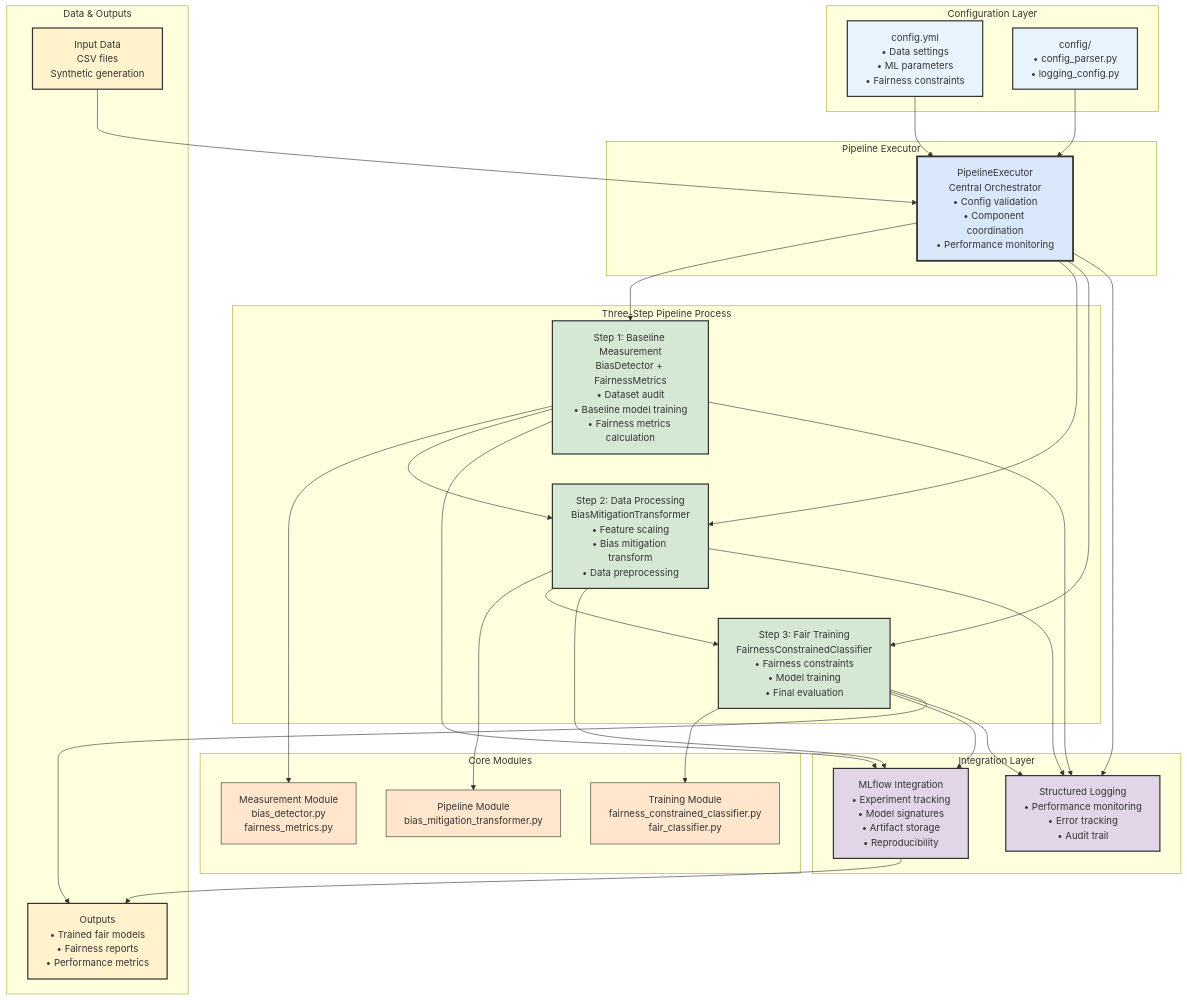
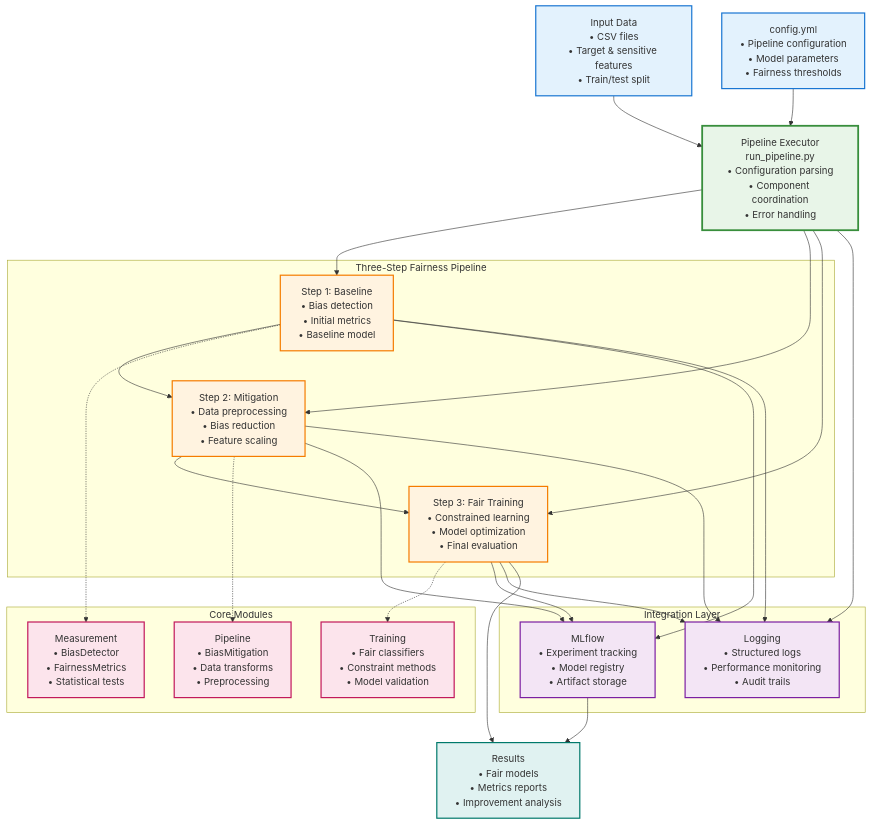
One commit to vytautas-bunevicius/fairness-pipeline-toolkit changed the diagram in README.md. Above: the diagram before and after it, drawn with Mermaid. The commit also changed 9 other files, not shown here.

````diff
--- a/README.md
+++ b/README.md
@@ -56,76 +56,74 @@
 ```mermaid
-graph TB
-    subgraph "Configuration Layer"
-        CONFIG[config.yml<br/>• Data settings<br/>• ML parameters<br/>• Fairness constraints]
-        CONFIGMOD[config/<br/>• config_parser.py<br/>• logging_config.py]
+flowchart TD
+    %% Input Layer
+    DATA["Input Data<br/>• CSV files<br/>• Target & sensitive features<br/>• Train/test split"]
+    CONFIG["config.yml<br/>• Pipeline configuration<br/>• Model parameters<br/>• Fairness thresholds"]
+    
+    %% Orchestration Layer
+    EXECUTOR["Pipeline Executor<br/>run_pipeline.py<br/>• Configuration parsing<br/>• Component coordination<br/>• Error handling"]
+    
+    %% Three-Step Process
+    subgraph PIPELINE ["Three-Step Fairness Pipeline"]
+        STEP1["Step 1: Baseline<br/>• Bias detection<br/>• Initial metrics<br/>• Baseline model"]
+        STEP2["Step 2: Mitigation<br/>• Data preprocessing<br/>• Bias reduction<br/>• Feature scaling"]
+        STEP3["Step 3: Fair Training<br/>• Constrained learning<br/>• Model optimization<br/>• Final evaluation"]
+        
+        STEP1 --> STEP2
+        STEP2 --> STEP3
     end
     
-    subgraph "Pipeline Executor"
-        EXECUTOR[PipelineExecutor<br/>Central Orchestrator<br/>• Config validation<br/>• Component coordination<br/>• Performance monitoring]
+    %% Core Modules
+    subgraph MODULES ["Core Modules"]
+        MEASUREMENT["Measurement<br/>• BiasDetector<br/>• FairnessMetrics<br/>• Statistical tests"]
+        TRANSFORM["Pipeline<br/>• BiasMitigation<br/>• Data transforms<br/>• Preprocessing"]
+        TRAINING["Training<br/>• Fair classifiers<br/>• Constraint methods<br/>• Model validation"]
     end
     
-    subgraph "Three-Step Pipeline Process"
-        STEP1[Step 1: Baseline Measurement<br/>BiasDetector + FairnessMetrics<br/>• Dataset audit<br/>• Baseline model training<br/>• Fairness metrics calculation]
-        
-        STEP2[Step 2: Data Processing<br/>BiasMitigationTransformer<br/>• Feature scaling<br/>• Bias mitigation transform<br/>• Data preprocessing]
-        
-        STEP3[Step 3: Fair Training<br/>FairnessConstrainedClassifier<br/>• Fairness constraints<br/>• Model training<br/>• Final evaluation]
+    %% Integration Layer
+    subgraph INTEGRATION ["Integration Layer"]
+        MLFLOW["MLflow<br/>• Experiment tracking<br/>• Model registry<br/>• Artifact storage"]
+        LOGGING["Logging<br/>• Structured logs<br/>• Performance monitoring<br/>• Audit trails"]
     end
     
-    subgraph "Core Modules"
-        MEASUREMENT[Measurement Module<br/>bias_detector.py<br/>fairness_metrics.py]
-        PIPELINE[Pipeline Module<br/>bias_mitigation_transformer.py]
-        TRAINING[Training Module<br/>fairness_constrained_classifier.py<br/>fair_classifier.py]
-    end
+    %% Outputs
+    RESULTS["Results<br/>• Fair models<br/>• Metrics reports<br/>• Improvement analysis"]
     
-    subgraph "Integration Layer"
-        MLFLOW[MLflow Integration<br/>• Experiment tracking<br/>• Model signatures<br/>• Artifact storage<br/>• Reproducibility]
-        LOGGING[Structured Logging<br/>• Performance monitoring<br/>• Error tracking<br/>• Audit trail]
-    end
-    
-    subgraph "Data & Outputs"
-        DATA[Input Data<br/>CSV files<br/>Synthetic generation]
-        OUTPUTS[Outputs<br/>• Trained fair models<br/>• Fairness reports<br/>• Performance metrics]
-    end
-    
+    %% Flow connections
+    DATA --> EXECUTOR
     CONFIG --> EXECUTOR
-    CONFIGMOD --> EXECUTOR
-    DATA --> EXECUTOR
     
     EXECUTOR --> STEP1
-    EXECUTOR --> STEP2  
+    EXECUTOR --> STEP2
     EXECUTOR --> STEP3
     
-    STEP1 --> MEASUREMENT
-    STEP2 --> PIPELINE
-    STEP3 --> TRAINING
-    
-    STEP1 --> STEP2
-    STEP2 --> STEP3
+    STEP1 -.-> MEASUREMENT
+    STEP2 -.-> TRANSFORM
+    STEP3 -.-> TRAINING
     
     STEP1 --> MLFLOW
     STEP2 --> MLFLOW
     STEP3 --> MLFLOW
     
     EXECUTOR --> LOGGING
     STEP1 --> LOGGING
     STEP2 --> LOGGING
     STEP3 --> LOGGING
     
-    STEP3 --> OUTPUTS
-    MLFLOW --> OUTPUTS
+    STEP3 --> RESULTS
+    MLFLOW --> RESULTS
     
-    classDef configStyle fill:#E8F4FD,stroke:#333,stroke-width:2px
-    classDef executorStyle fill:#DAE8FC,stroke:#333,stroke-width:3px
-    classDef stepStyle fill:#D5E8D4,stroke:#333,stroke-width:2px
-    classDef moduleStyle fill:#FFE6CC,stroke:#333,stroke-width:1px
-    classDef integrationStyle fill:#E1D5E7,stroke:#333,stroke-width:2px
-    classDef dataStyle fill:#FFF2CC,stroke:#333,stroke-width:2px
+    %% Styling
+    classDef inputStyle fill:#E3F2FD,stroke:#1976D2,stroke-width:2px
+    classDef executorStyle fill:#E8F5E8,stroke:#388E3C,stroke-width:3px
+    classDef stepStyle fill:#FFF3E0,stroke:#F57C00,stroke-width:2px
+    classDef moduleStyle fill:#FCE4EC,stroke:#C2185B,stroke-width:2px
+    classDef integrationStyle fill:#F3E5F5,stroke:#7B1FA2,stroke-width:2px
+    classDef outputStyle fill:#E0F2F1,stroke:#00796B,stroke-width:2px
     
-    class CONFIG,CONFIGMOD configStyle
+    class DATA,CONFIG inputStyle
     class EXECUTOR executorStyle
     class STEP1,STEP2,STEP3 stepStyle
-    class MEASUREMENT,PIPELINE,TRAINING moduleStyle
+    class MEASUREMENT,TRANSFORM,TRAINING moduleStyle
     class MLFLOW,LOGGING integrationStyle
-    class DATA,OUTPUTS dataStyle
+    class RESULTS outputStyle
 ```
````
